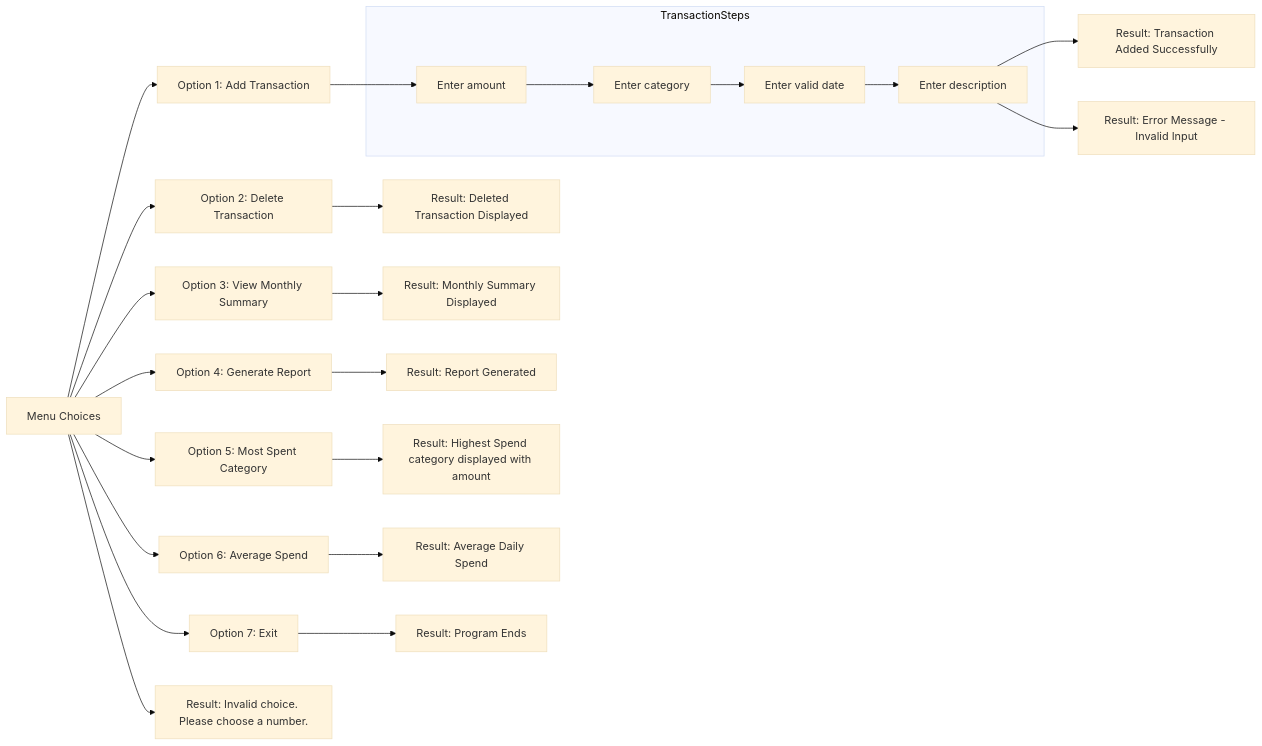
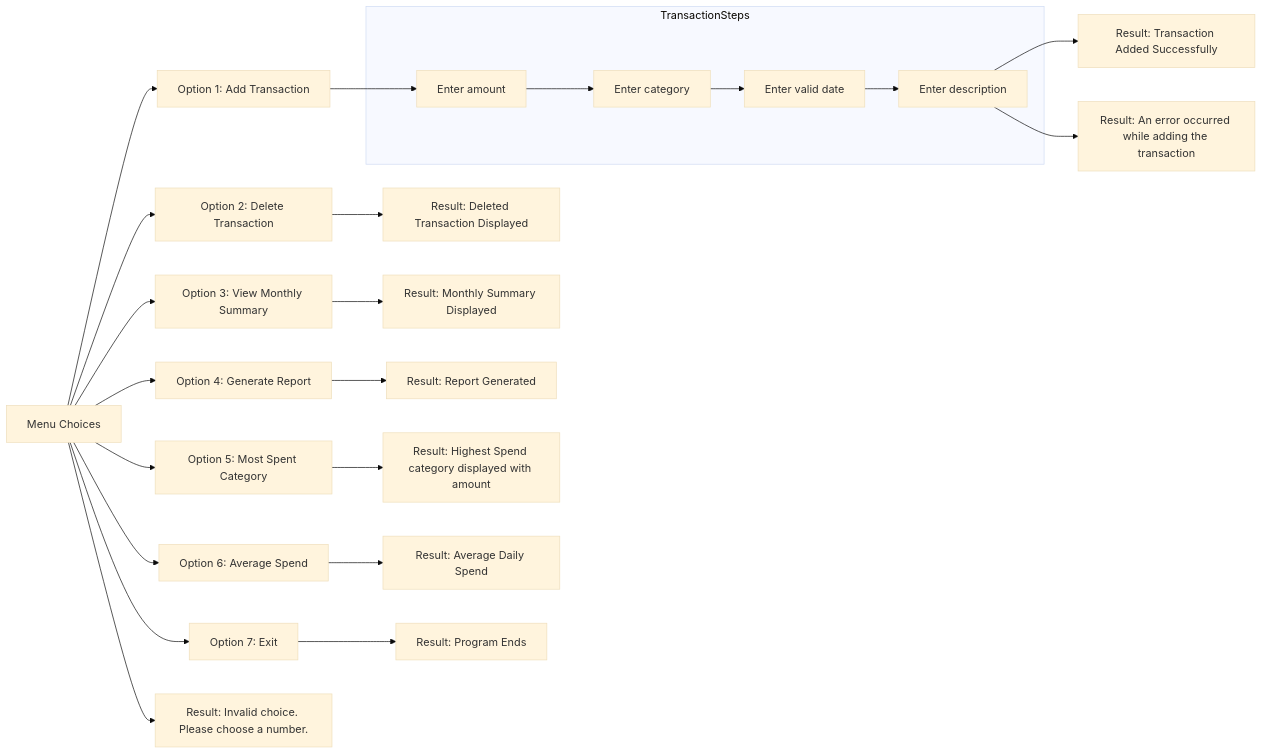
One commit to Kemar-Brown/CS50project changed the first of 3 diagrams in README.md. Above: the diagram before and after it, drawn with Mermaid (base theme).

Commit message:
edits to the whole project to match with code

````diff
--- a/README.md
+++ b/README.md
@@ -544,35 +544,35 @@
 ```mermaid
 flowchart LR
     A[Menu Choices] --> B[Option 1: Add Transaction]
     A --> C[Option 2: Delete Transaction]
     A --> C1[Option 3: View Monthly Summary]
     A --> C2[Option 4: Generate Report]
     A --> D[Option 5: Most Spent Category]
     A --> E[Option 6: Average Spend ]
 
     A --> F[Option 7: Exit]
     
     %% Results of each option
     B --> L
     C --> H[Result: Deleted Transaction Displayed]
     C1 --> C3[Result: Monthly Summary Displayed]
     C2 --> C4[Result: Report Generated]
     D --> I[Result: Highest Spend category displayed with amount]
     E --> J[Result: Average Daily Spend]
     F --> K[Result: Program Ends]
 
     %% Transaction steps expanded
     subgraph TransactionSteps
         L[Enter amount] --> M[Enter category]
         M --> N[Enter valid date]
         N --> O[Enter description]
     end
 
     %% Two possible outcomes after transaction steps
     O --> G[Result: Transaction Added Successfully]
-    O --> G2[Result: Error Message - Invalid Input]
+    O --> G2[Result: An error occurred while adding the transaction]
 
     %% Invalid choice branch
     A --> P[Result: Invalid choice. Please choose a number.]
 
 ```
````
